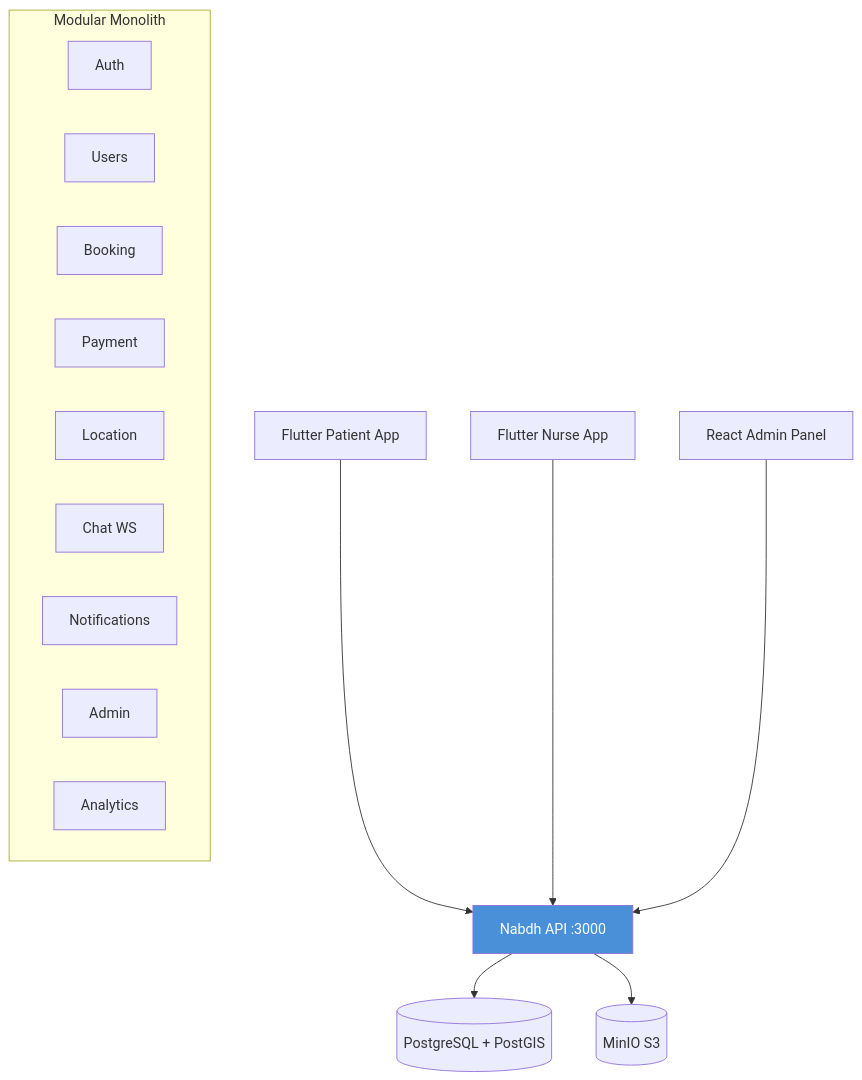
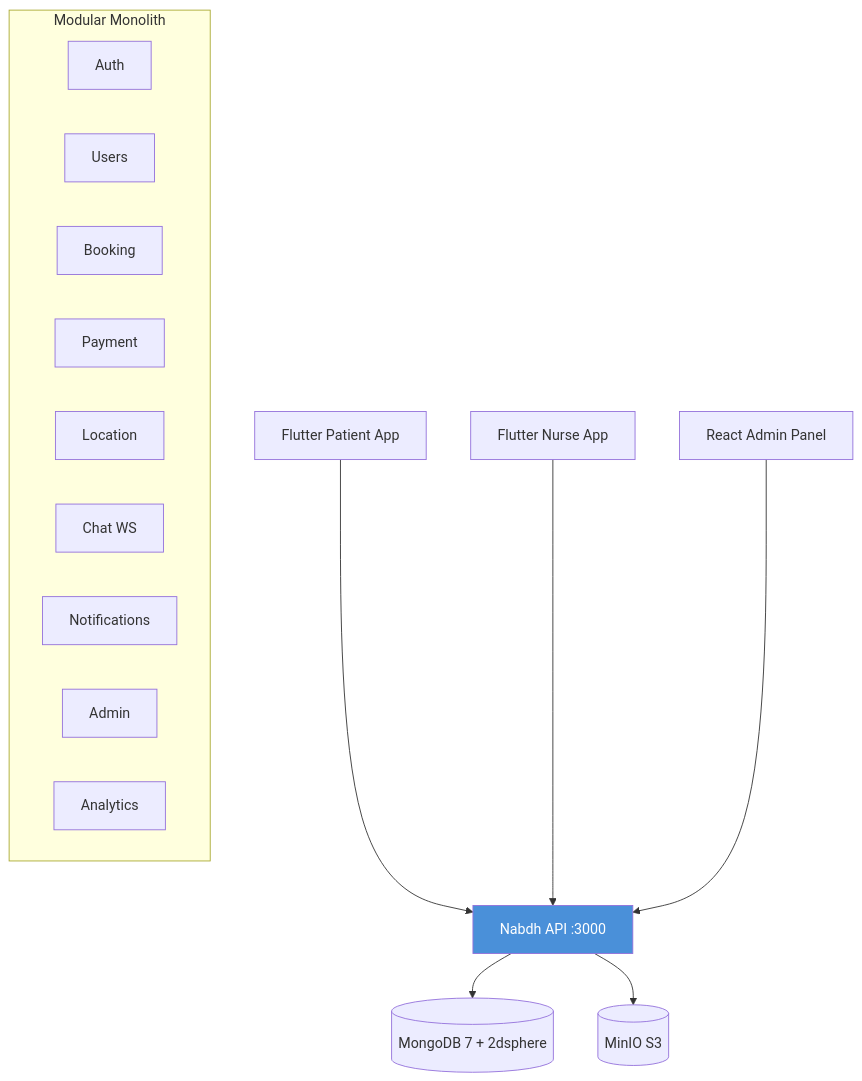
The diagram in README.md (Zahrannnn/nabdh-backend), drawn with Mermaid before and after one commit. The commit also changed other lines of this file and 63 other files, not shown here.

````diff
--- a/README.md
+++ b/README.md
@@ -15,22 +15,22 @@
 ```mermaid
 graph TB
     P[Flutter Patient App] --> API[Nabdh API :3000]
     N[Flutter Nurse App] --> API
     A[React Admin Panel] --> API
-    API --> PG[(PostgreSQL + PostGIS)]
+    API --> DB[(MongoDB 7 + 2dsphere)]
     API --> MN[(MinIO S3)]
     
     subgraph "Modular Monolith"
         Auth[Auth]
         Users[Users]
         Booking[Booking]
         Payment[Payment]
         Location[Location]
         Chat[Chat WS]
         Notif[Notifications]
         Admin[Admin]
         Analytics[Analytics]
     end
     
     style API fill:#4a90d9,color:#fff
 ```
````
